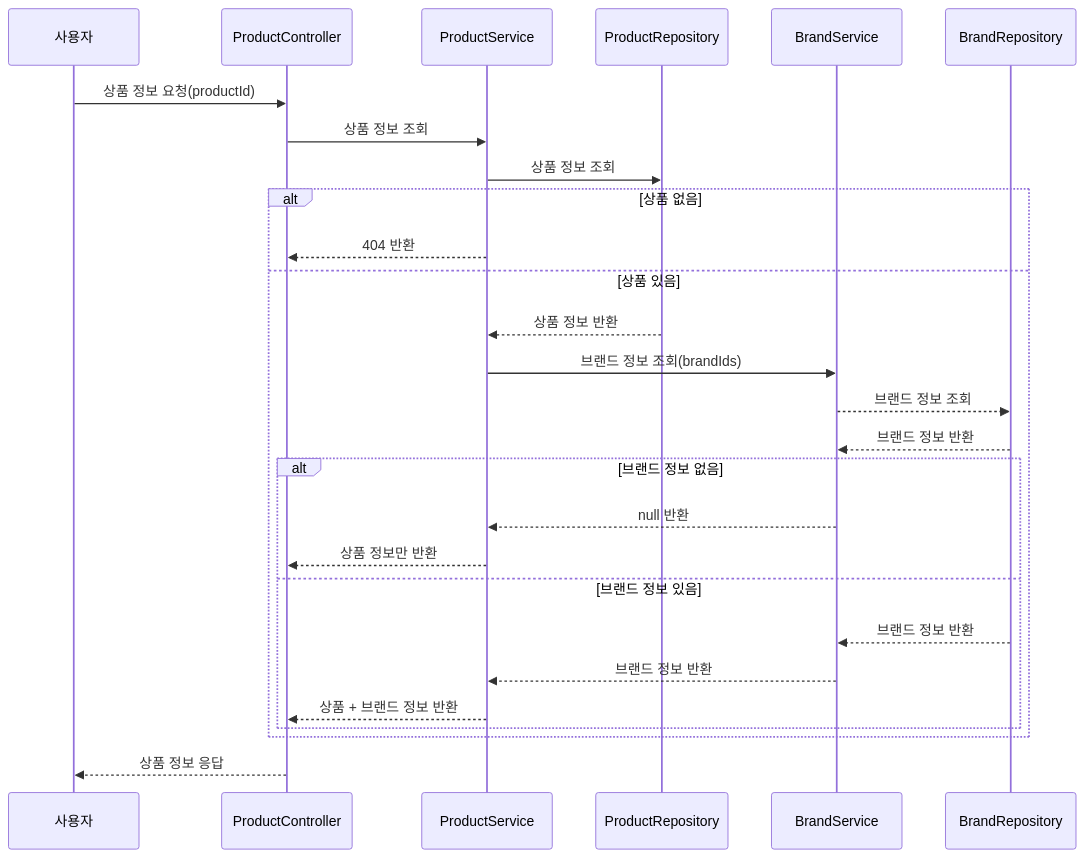
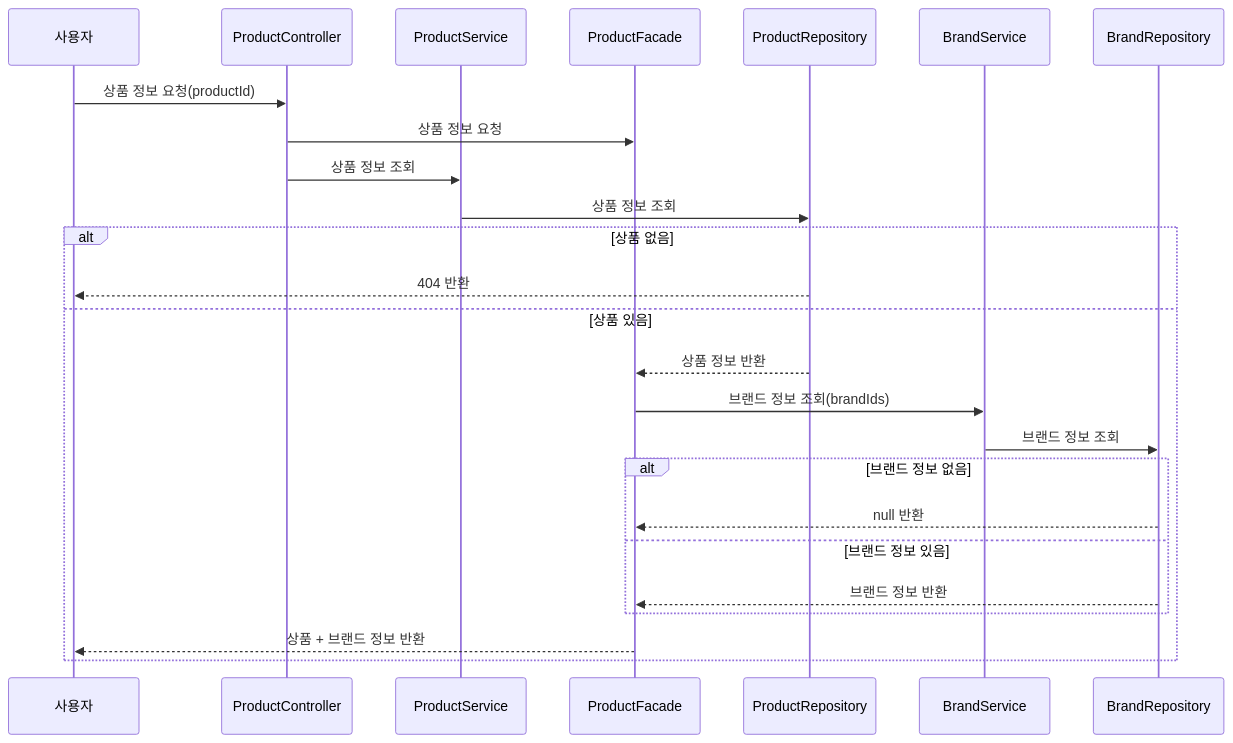
Before and after one commit to donghyeon3813/vibe-commerce: the second of 7 diagrams in .docs/02-sequence-diagrams.md, drawn with Mermaid. The commit also changed other lines of this file, not shown here.

Commit message:
fix : sequence-diagrams 수정

````diff
--- a/.docs/02-sequence-diagrams.md
+++ b/.docs/02-sequence-diagrams.md
@@ -36,32 +33,28 @@
 ```mermaid
 sequenceDiagram
     participant 사용자
     participant PC as ProductController
     participant PS as ProductService
+    participant PF as ProductFacade
     participant PR as ProductRepository
     participant BS as BrandService
     participant BR as BrandRepository
 
     사용자->>PC: 상품 정보 요청(productId)
+    PC->>PF: 상품 정보 요청
     PC->>PS: 상품 정보 조회
     PS->>PR: 상품 정보 조회
-
     alt 상품 없음
-        PS-->>PC: 404 반환
+        PR-->>사용자: 404 반환
     else 상품 있음
-        PR-->>PS: 상품 정보 반환
-        PS->>BS: 브랜드 정보 조회(brandIds)
-        BS-->>BR: 브랜드 정보 조회
-        BR-->>BS: 브랜드 정보 반환
+        PR-->>PF: 상품 정보 반환
+        PF->>BS: 브랜드 정보 조회(brandIds)
+        BS->>BR: 브랜드 정보 조회
         alt 브랜드 정보 없음
-            BS-->>PS: null 반환
-            PS-->>PC: 상품 정보만 반환
+            BR-->>PF: null 반환
         else 브랜드 정보 있음
-            BR-->>BS: 브랜드 정보 반환
-            BS-->>PS: 브랜드 정보 반환
-            PS-->>PC: 상품 + 브랜드 정보 반환
+            BR-->>PF: 브랜드 정보 반환
         end
+        PF-->>사용자: 상품 + 브랜드 정보 반환
     end
-
-    PC-->>사용자: 상품 정보 응답
 ```
````
